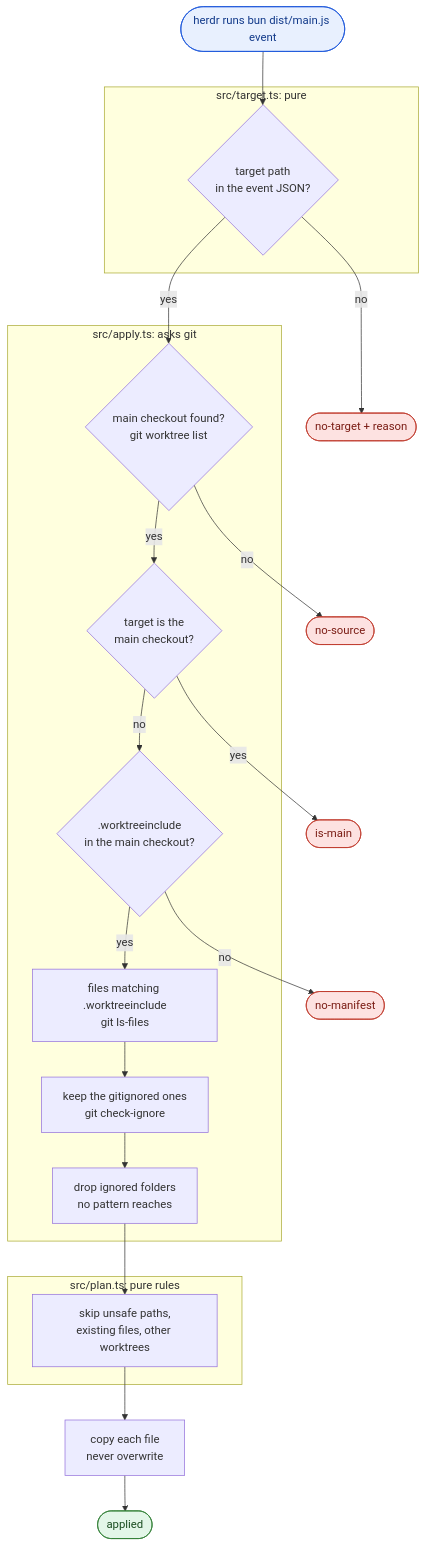
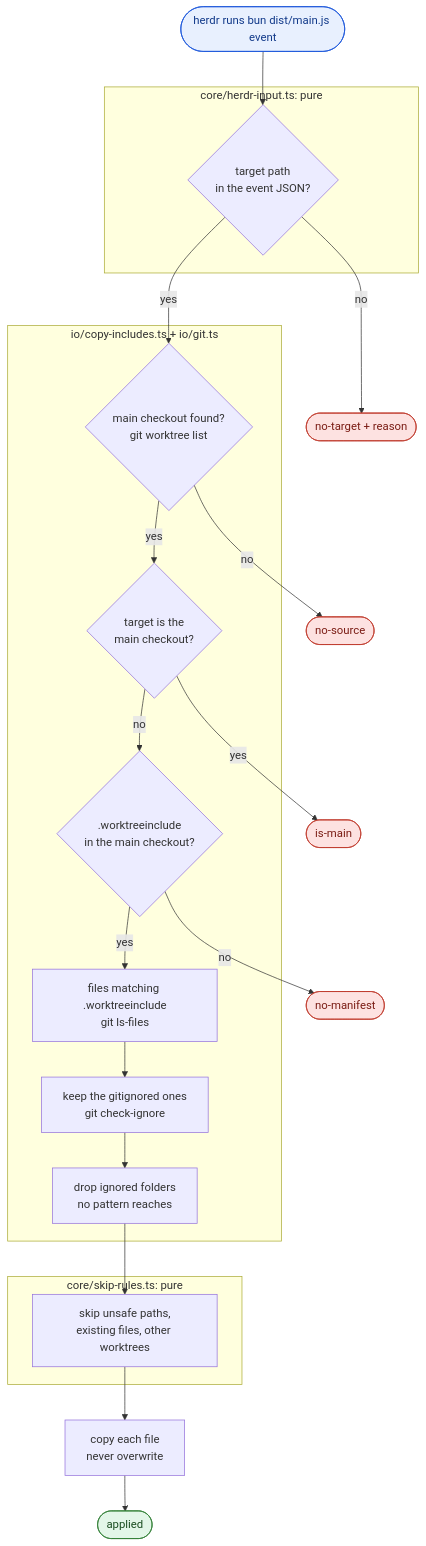
Before and after one commit to heyfirst/herdr-worktree-include: the second of 3 diagrams in CONTEXT.md, drawn with Mermaid. The commit also changed other lines of this file and 15 other files, not shown here.

First line of the commit message:
Split src into core, io and lib

````diff
--- a/CONTEXT.md
+++ b/CONTEXT.md
@@ -88,40 +105,40 @@
 ```mermaid
 flowchart TD
     start([herdr runs bun dist/main.js event])
 
-    subgraph main["src/target.ts: pure"]
+    subgraph main["core/herdr-input.ts: pure"]
         B{target path<br/>in the event JSON?}
     end
 
-    subgraph apply["src/apply.ts: asks git"]
+    subgraph apply["io/copy-includes.ts + io/git.ts"]
         C{main checkout found?<br/>git worktree list}
         D{target is the<br/>main checkout?}
         E{.worktreeinclude<br/>in the main checkout?}
         F[files matching .worktreeinclude<br/>git ls-files]
         G[keep the gitignored ones<br/>git check-ignore]
         H[drop ignored folders<br/>no pattern reaches]
     end
 
-    subgraph pure["src/plan.ts: pure rules"]
+    subgraph pure["core/skip-rules.ts: pure"]
         I[skip unsafe paths,<br/>existing files, other worktrees]
     end
 
     J[copy each file<br/>never overwrite]
 
     start --> B
     B -- no --> X1([no-target + reason])
     B -- yes --> C
     C -- no --> X2([no-source])
     C -- yes --> D
     D -- yes --> X3([is-main])
     D -- no --> E
     E -- no --> X4([no-manifest])
     E -- yes --> F --> G --> H --> I --> J --> OK([applied])
 
     classDef stop fill:#fde2e1,stroke:#c0392b,color:#7a1c14
     classDef done fill:#e3f6e8,stroke:#2e7d32,color:#1b4d20
     classDef entry fill:#e8f0fe,stroke:#1a56db,color:#123a8a
     class X1,X2,X3,X4 stop
     class OK done
     class start entry
 ```
````
